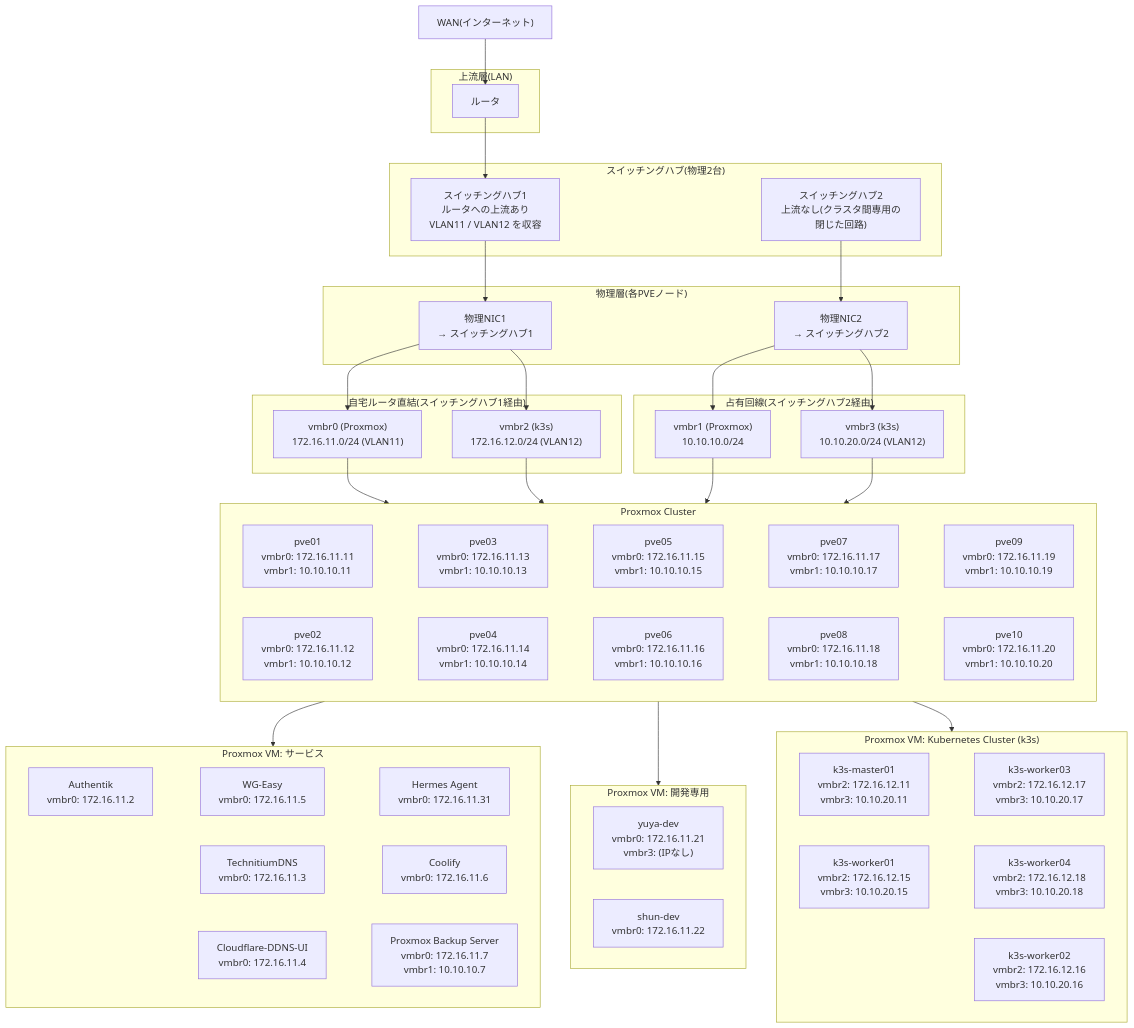
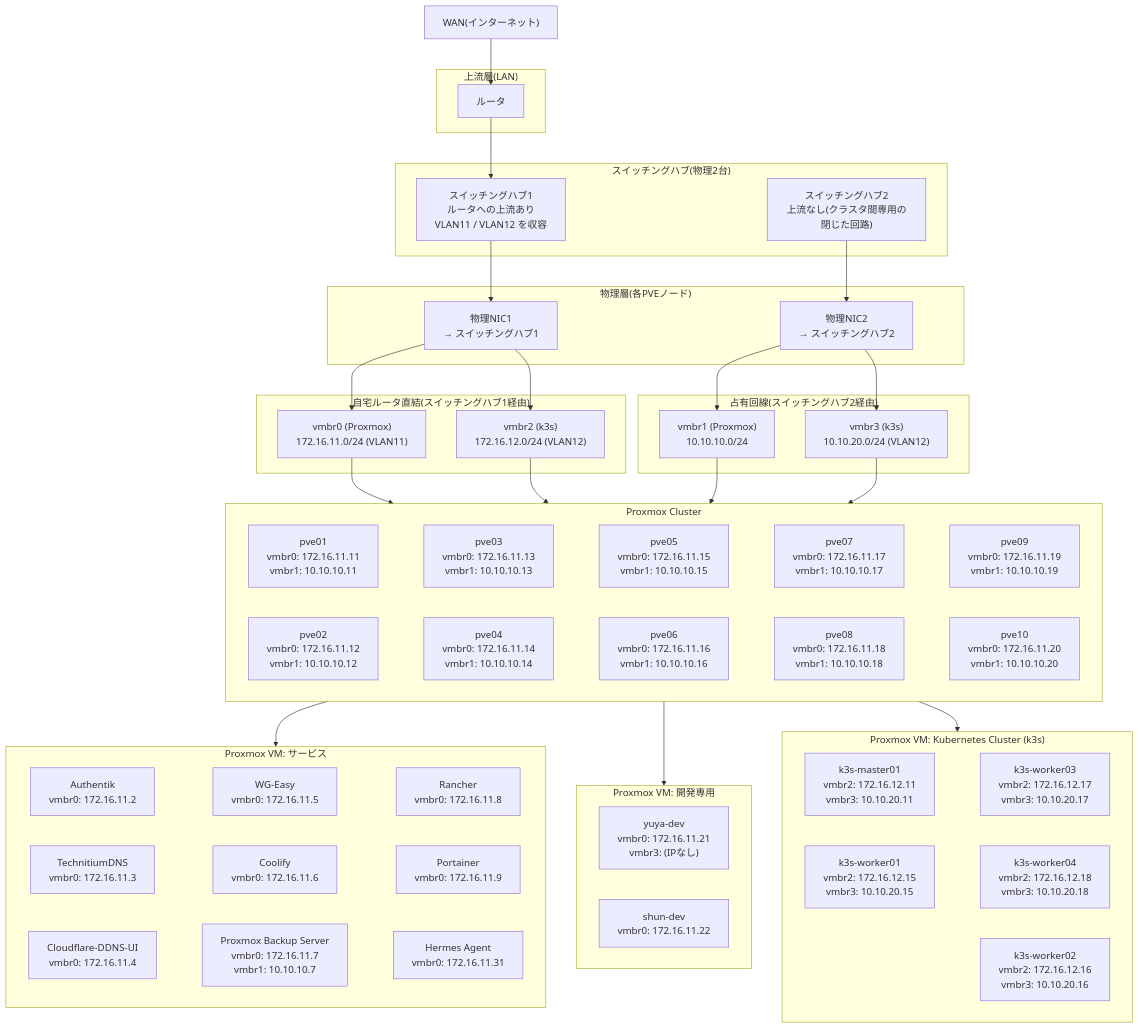
The first of 2 diagrams in infrastructure.md (CHACCHAN/infrastructure), drawn with Mermaid before and after one commit. The commit also changed other lines of this file and 162 other files, not shown here.

```diff
--- a/infrastructure.md
+++ b/infrastructure.md
@@ -52,11 +52,13 @@
     vm_service04["WG-Easy<br>vmbr0: 172.16.11.5"]
     vm_service05["Coolify<br>vmbr0: 172.16.11.6"]
     vm_service06["Proxmox Backup Server<br>vmbr0: 172.16.11.7<br>vmbr1: 10.10.10.7"]
-    vm_service07["Hermes Agent<br>vmbr0: 172.16.11.31"]
+    vm_service07["Rancher<br>vmbr0: 172.16.11.8"]
+    vm_service08["Portainer<br>vmbr0: 172.16.11.9"]
+    vm_service09["Hermes Agent<br>vmbr0: 172.16.11.31"]
 
     vm_service01 ~~~ vm_service04 ~~~ vm_service07
-    vm_service02 ~~~ vm_service05
-    vm_service03 ~~~ vm_service06
+    vm_service02 ~~~ vm_service05 ~~~ vm_service08
+    vm_service03 ~~~ vm_service06 ~~~ vm_service09
   end
 
   subgraph vm_developments["Proxmox VM: 開発専用"]
```
